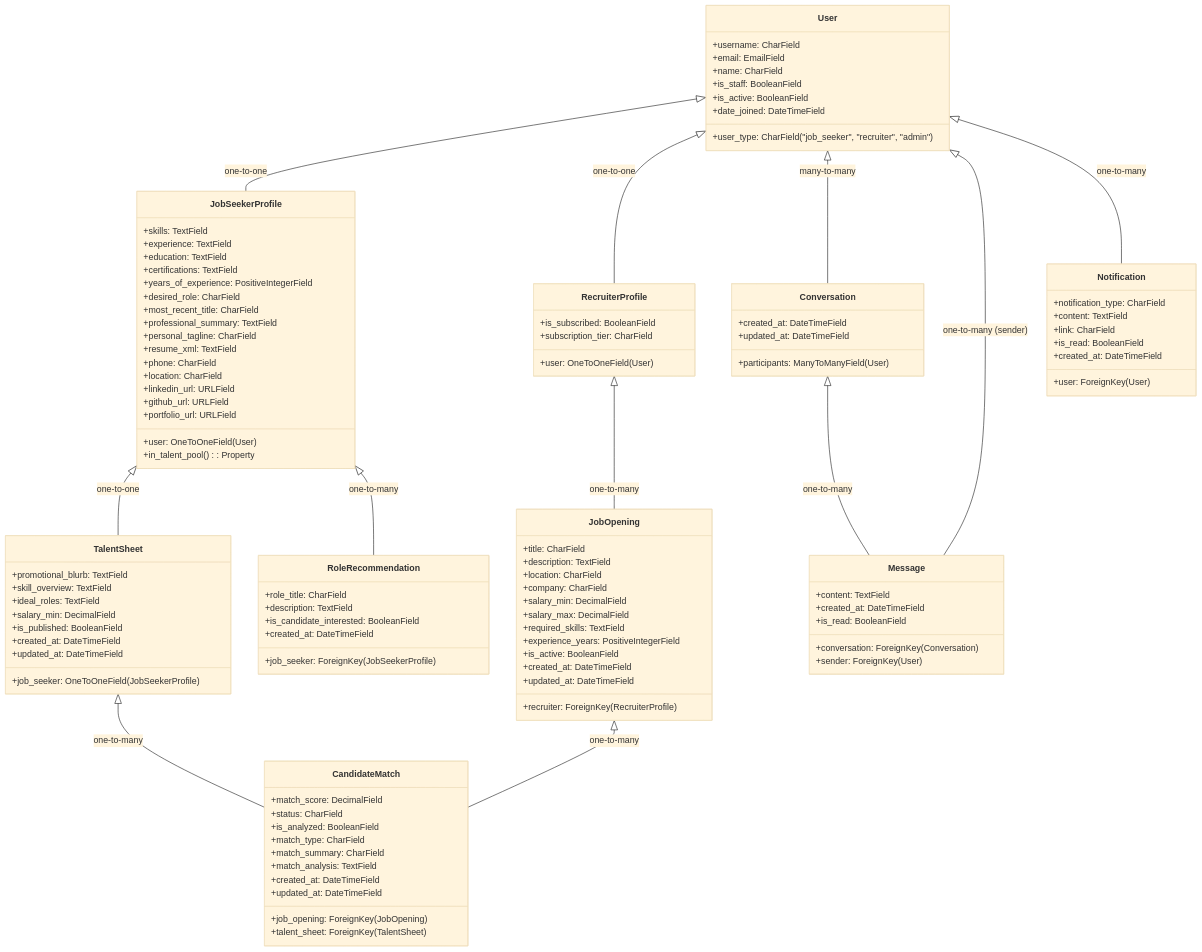
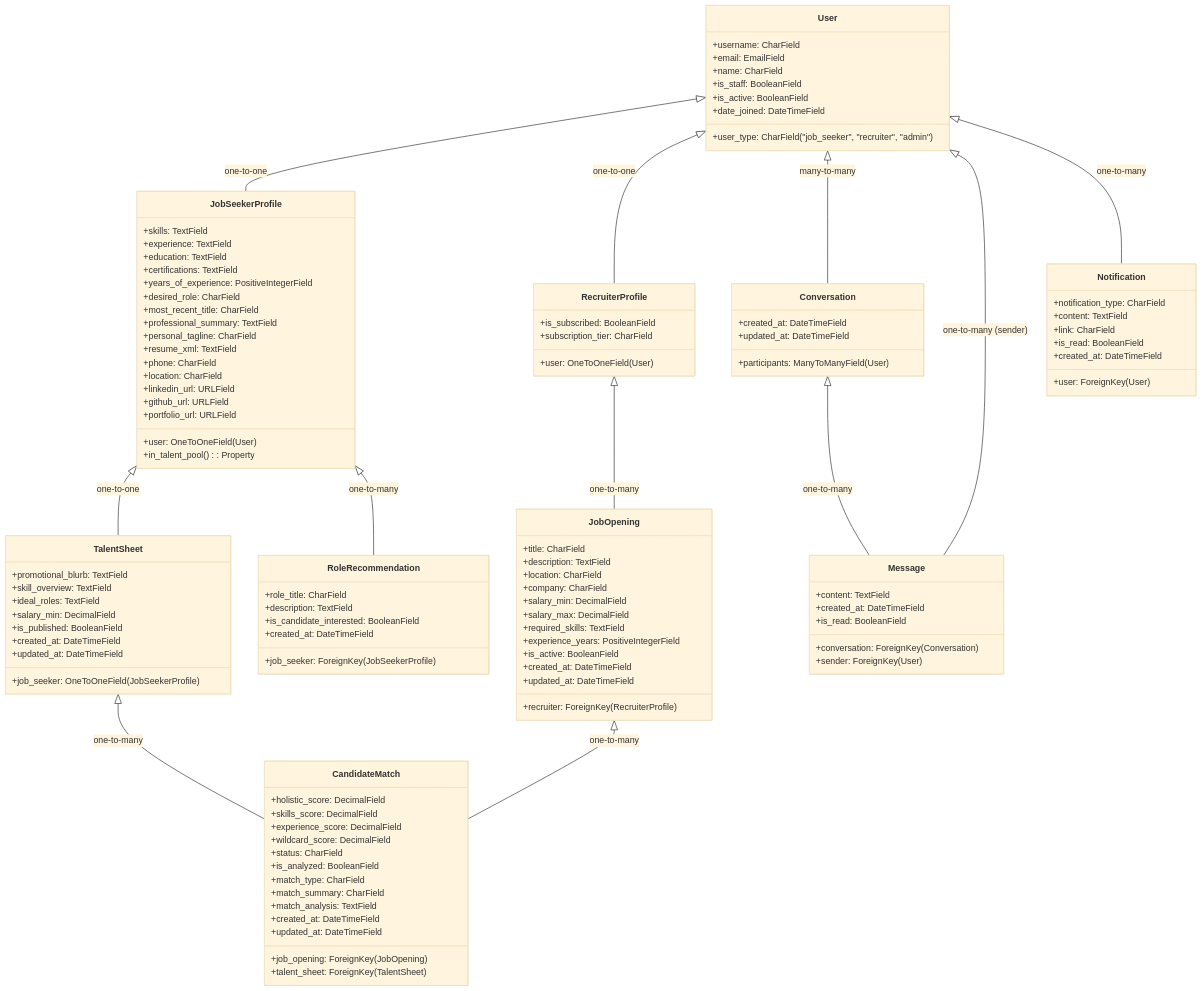
One commit to btfranklin/hiredar-saas-archive changed the diagram in docs/MODELS.md. Above: the diagram before and after it, drawn with Mermaid (base theme). The commit also changed other lines of this file and 17 other files, not shown here.

```diff
--- a/docs/MODELS.md
+++ b/docs/MODELS.md
@@ -72,7 +72,10 @@
     class CandidateMatch {
         +job_opening: ForeignKey(JobOpening)
         +talent_sheet: ForeignKey(TalentSheet)
-        +match_score: DecimalField
+        +holistic_score: DecimalField
+        +skills_score: DecimalField
+        +experience_score: DecimalField
+        +wildcard_score: DecimalField
         +status: CharField
         +is_analyzed: BooleanField
         +match_type: CharField
```
